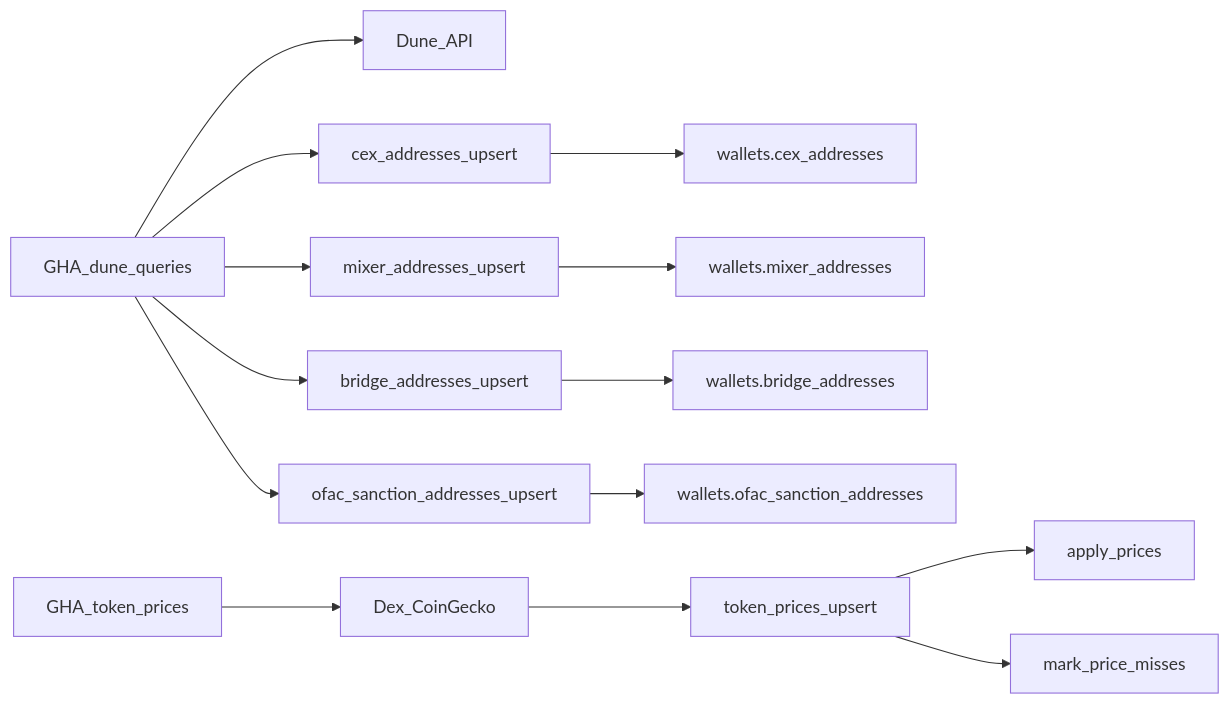
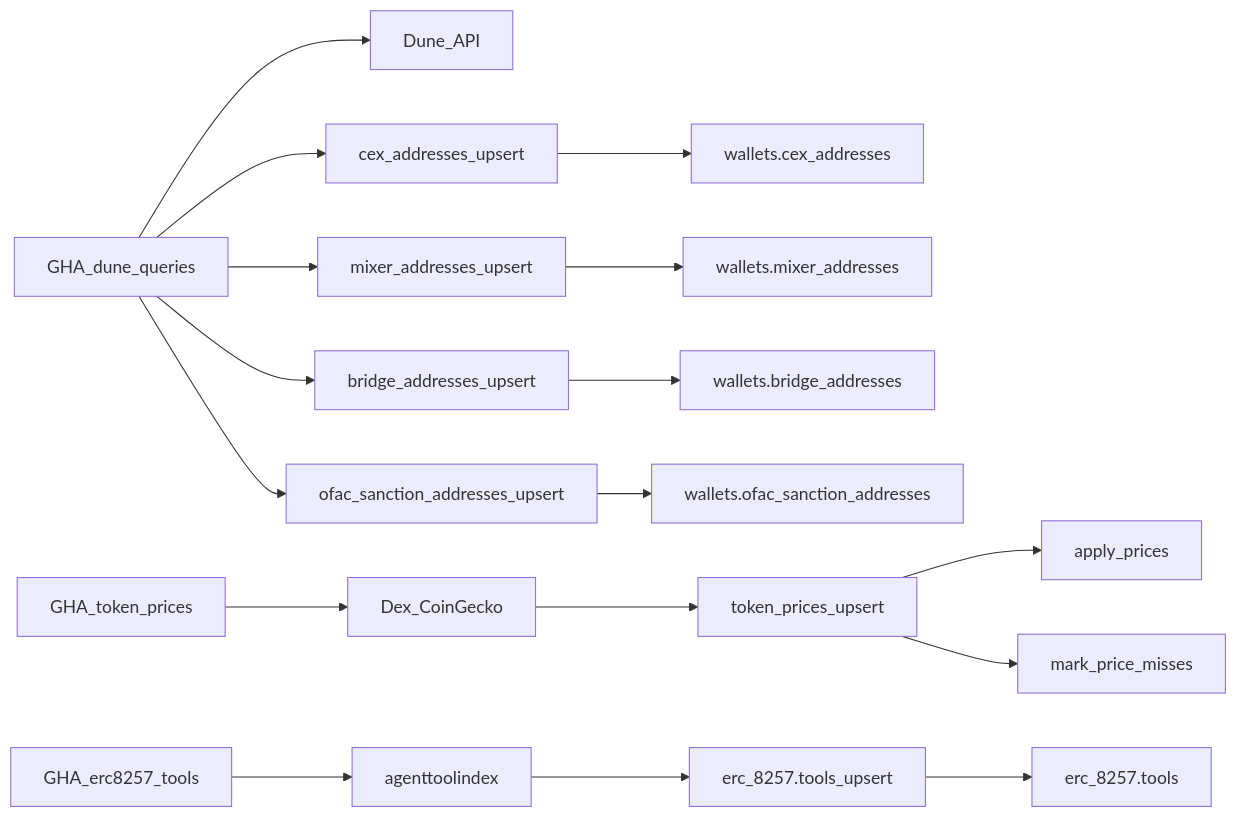
Before and after one commit to GlobalScoreAgent/gsa-workers: the fifth of 6 diagrams in docs/ARCHITECTURE.md, drawn with Mermaid. The commit also changed other lines of this file and 12 other files, not shown here.

First line of the commit message:
﻿Add ERC-8257 tools import worker from agenttoolindex.

````diff
--- a/docs/ARCHITECTURE.md
+++ b/docs/ARCHITECTURE.md
@@ -156,16 +160,19 @@
 ```mermaid
 flowchart LR
   ghaDune[GHA_dune_queries] --> duneApi[Dune_API]
   ghaDune --> upsertCex["cex_addresses_upsert"]
   ghaDune --> upsertMix["mixer_addresses_upsert"]
   ghaDune --> upsertBr["bridge_addresses_upsert"]
   ghaDune --> upsertOfac["ofac_sanction_addresses_upsert"]
   upsertCex --> cexTable[wallets.cex_addresses]
   upsertMix --> mixTable[wallets.mixer_addresses]
   upsertBr --> brTable[wallets.bridge_addresses]
   upsertOfac --> ofacTable[wallets.ofac_sanction_addresses]
   ghaPrices[GHA_token_prices] --> dexCg[Dex_CoinGecko]
   dexCg --> upsertPrices["token_prices_upsert"]
   upsertPrices --> applyPos["apply_prices"]
   upsertPrices --> markMiss["mark_price_misses"]
+  gha8257[GHA_erc8257_tools] --> ati[agenttoolindex]
+  ati --> upsert8257["erc_8257.tools_upsert"]
+  upsert8257 --> tools8257[erc_8257.tools]
 ```
````
